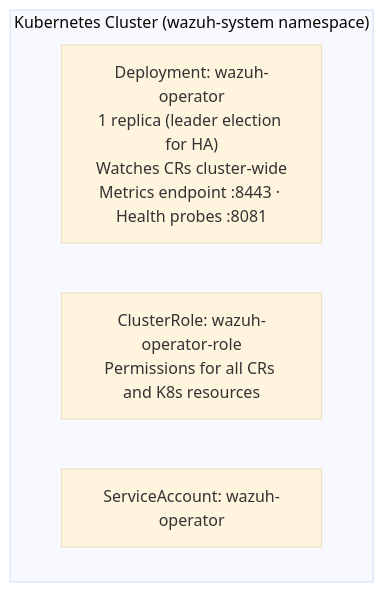
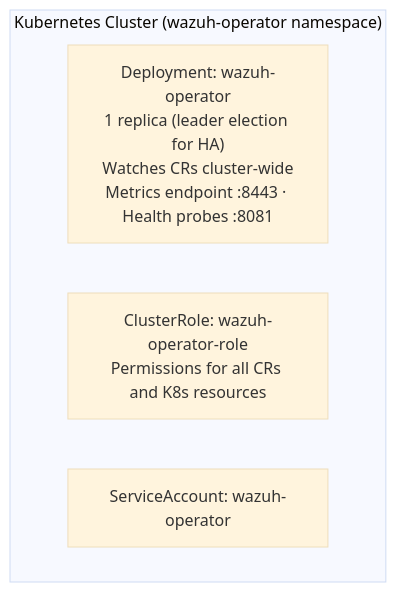
One commit to MaximeWewer/wazuh-operator changed the seventh of 8 diagrams in docs/reference/architecture.md. Above: the diagram before and after it, drawn with Mermaid (base theme). The commit also changed 40 other files, not shown here.

Commit message:
feat : fix: standardize namespace references and helm install commands across docs, charts, and scripts

````diff
--- a/docs/reference/architecture.md
+++ b/docs/reference/architecture.md
@@ -424,8 +424,8 @@
 ```mermaid
 graph TD
-    subgraph NS["Kubernetes Cluster (wazuh-system namespace)"]
+    subgraph NS["Kubernetes Cluster (wazuh-operator namespace)"]
         DEP["Deployment: wazuh-operator<br/>1 replica (leader election for HA)<br/>Watches CRs cluster-wide<br/>Metrics endpoint :8443 · Health probes :8081"]
         CR["ClusterRole: wazuh-operator-role<br/>Permissions for all CRs and K8s resources"]
         SA["ServiceAccount: wazuh-operator"]
     end
 ```
````
